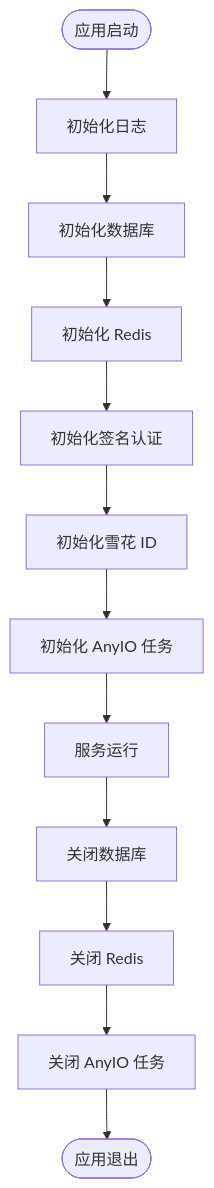
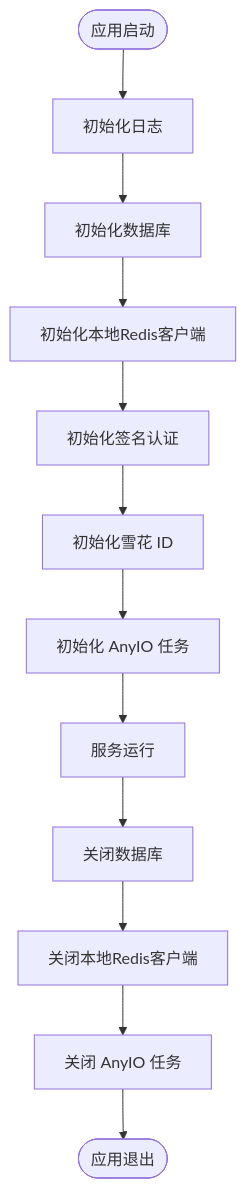
One commit to lilinzezzzzzz/fastapi-backend changed the third of 10 diagrams in .qoder/repowiki/zh/content/开发者指南.md. Above: the diagram before and after it, drawn with Mermaid. The commit also changed other lines of this file and 42 other files, not shown here.

````diff
--- a/.qoder/repowiki/zh/content/开发者指南.md
+++ b/.qoder/repowiki/zh/content/开发者指南.md
@@ -190,14 +210,14 @@
 ```mermaid
 flowchart TD
 Start(["应用启动"]) --> InitLogger["初始化日志"]
 InitLogger --> InitDB["初始化数据库"]
-InitDB --> InitRedis["初始化 Redis"]
+InitDB --> InitRedis["初始化本地Redis客户端"]
 InitRedis --> InitSig["初始化签名认证"]
 InitSig --> InitSnow["初始化雪花 ID"]
 InitSnow --> InitAnyIO["初始化 AnyIO 任务"]
 InitAnyIO --> Running["服务运行"]
 Running --> CloseDB["关闭数据库"]
-CloseDB --> CloseRedis["关闭 Redis"]
+CloseDB --> CloseRedis["关闭本地Redis客户端"]
 CloseRedis --> CloseAnyIO["关闭 AnyIO 任务"]
 CloseAnyIO --> End(["应用退出"])
 ```
````
